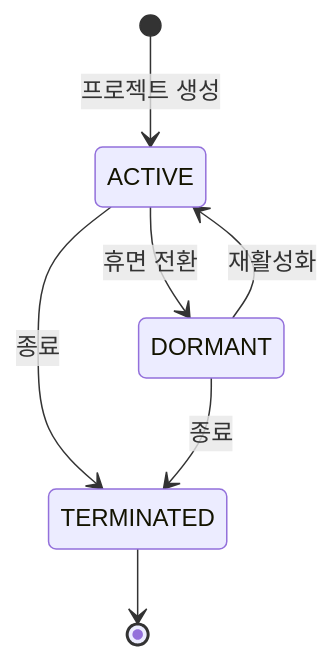
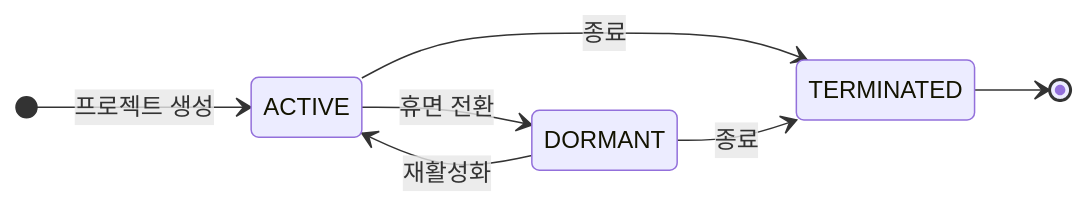
One commit to SRIOUSS/miniDooray changed the third of 4 diagrams in ERD.md. Above: the diagram before and after it, drawn with Mermaid. The commit also changed other lines of this file and 1 other file, not shown here.

Commit message:
erd 보강

````diff
--- a/ERD.md
+++ b/ERD.md
@@ -114,9 +232,10 @@
 ```mermaid
 stateDiagram-v2
-    [*] --> ACTIVE      : 프로젝트 생성
-    ACTIVE --> DORMANT  : 휴면 전환
-    DORMANT --> ACTIVE  : 재활성화
-    ACTIVE --> TERMINATED  : 종료
+    direction LR
+    [*] --> ACTIVE : 프로젝트 생성
+    ACTIVE --> DORMANT : 휴면 전환
+    DORMANT --> ACTIVE : 재활성화
+    ACTIVE --> TERMINATED : 종료
     DORMANT --> TERMINATED : 종료
     TERMINATED --> [*]
 ```
````
